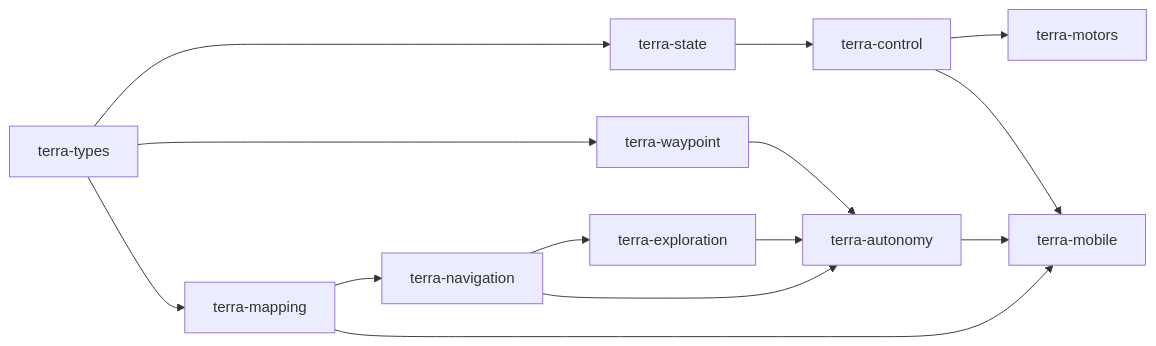
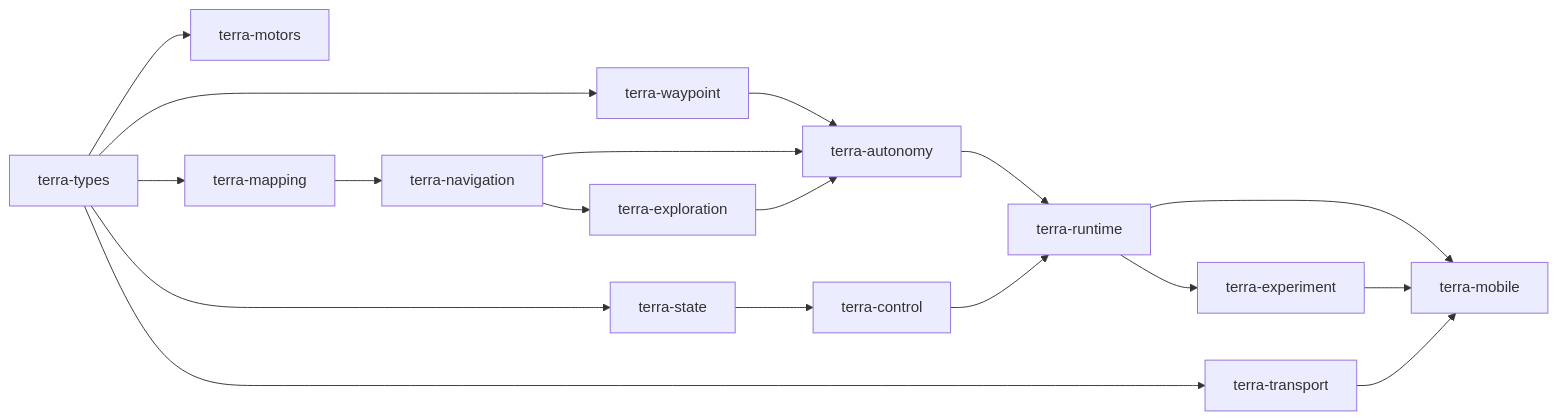
The diagram in docs/crates/index.md (Super-Yojan/Terra), drawn with Mermaid before and after one commit. The commit also changed other lines of this file and 6 other files, not shown here.

````diff
--- a/docs/crates/index.md
+++ b/docs/crates/index.md
@@ -9,16 +9,20 @@
 ```mermaid
 flowchart LR
   Types[terra-types] --> State[terra-state]
   State --> Control[terra-control]
-  Control --> Motors[terra-motors]
+  Types --> Motors[terra-motors]
   Types --> Way[terra-waypoint]
   Types --> Map[terra-mapping]
   Map --> Nav[terra-navigation]
   Nav --> Exp[terra-exploration]
   Way --> Auto[terra-autonomy]
   Nav --> Auto
   Exp --> Auto
-  Auto --> Mobile[terra-mobile]
-  Control --> Mobile
-  Map --> Mobile
+  Auto --> Runtime[terra-runtime]
+  Control --> Runtime
+  Runtime --> Record[terra-experiment]
+  Runtime --> Mobile[terra-mobile]
+  Record --> Mobile
+  Types --> Transport[terra-transport]
+  Transport --> Mobile
 ```
````
